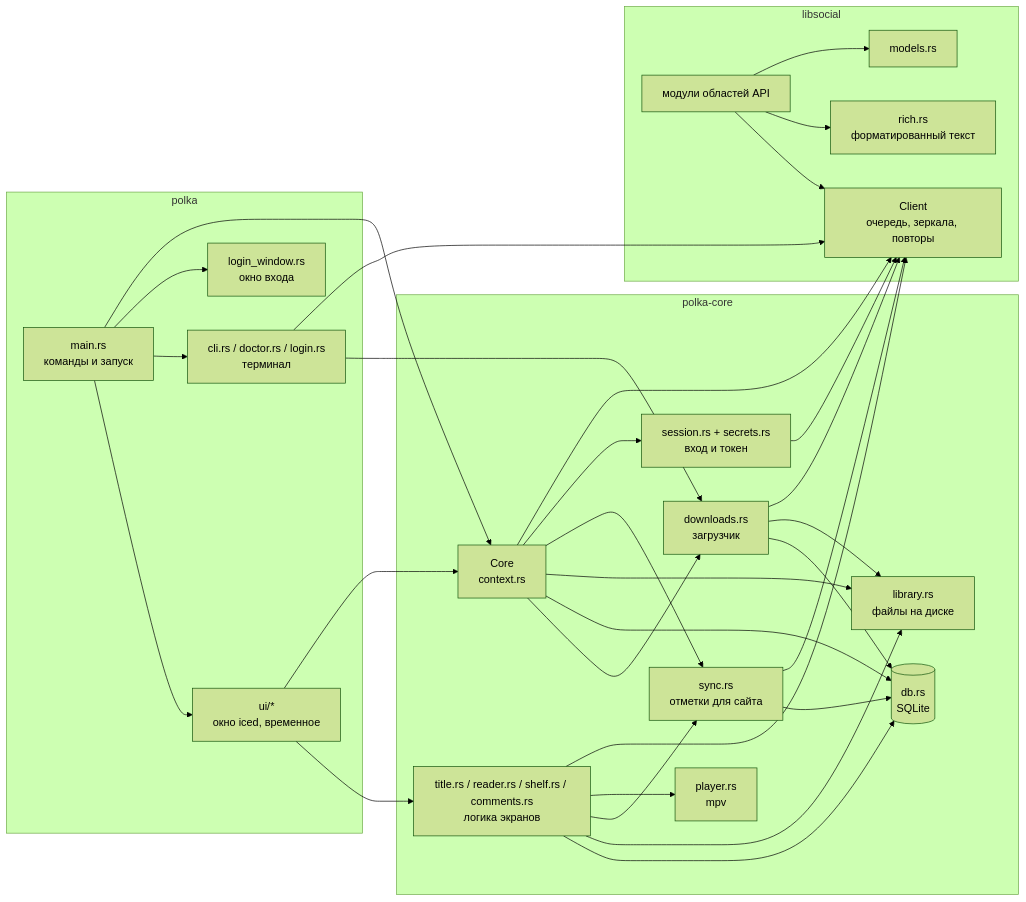
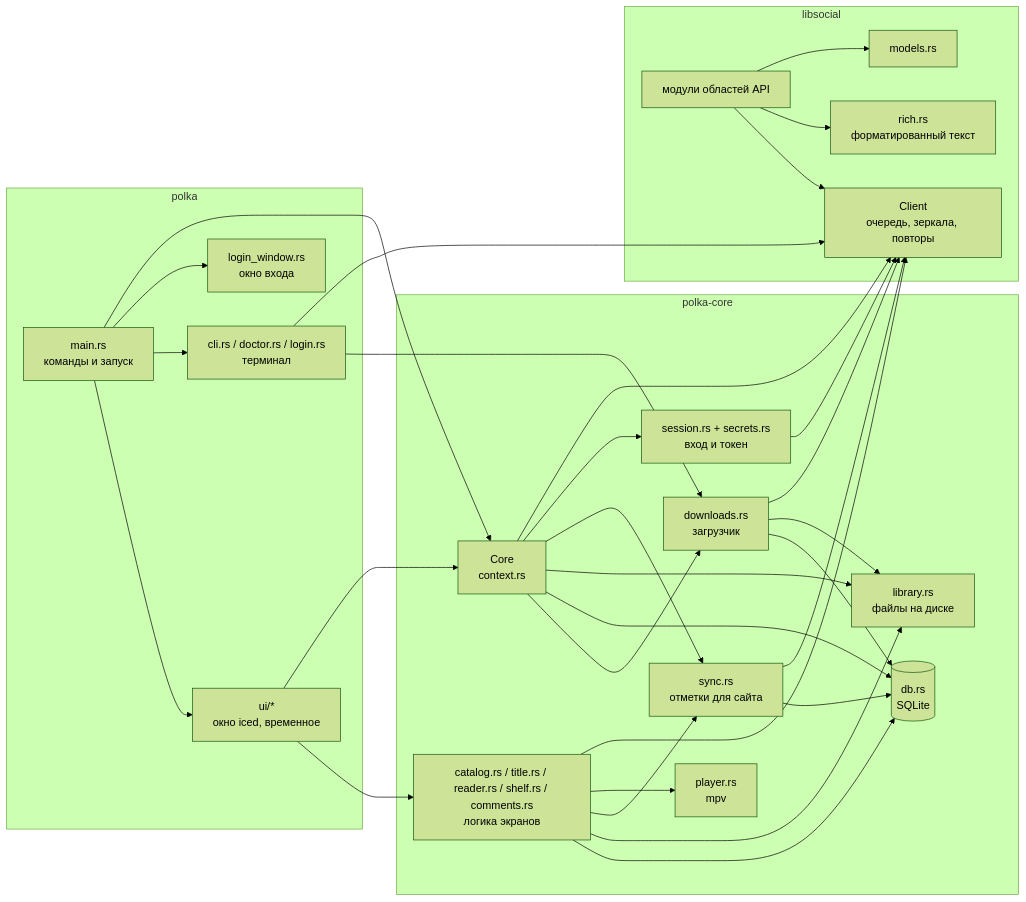
Before and after one commit to Alastor1991/Polka-mangalib-desktop_unofficial-: the first of 2 diagrams in docs/architecture.md, drawn with Mermaid (forest theme). The commit also changed other lines of this file and 4 other files, not shown here.

````diff
--- a/docs/architecture.md
+++ b/docs/architecture.md
@@ -19,34 +19,34 @@
 ```mermaid
 flowchart LR
     subgraph polka
         main[main.rs<br/>команды и запуск]
         ui[ui/*<br/>окно iced, временное]
         cli[cli.rs / doctor.rs / login.rs<br/>терминал]
         lw[login_window.rs<br/>окно входа]
     end
     subgraph polka-core
         core[Core<br/>context.rs]
-        screens[title.rs / reader.rs / shelf.rs / comments.rs<br/>логика экранов]
+        screens[catalog.rs / title.rs / reader.rs / shelf.rs / comments.rs<br/>логика экранов]
         dl[downloads.rs<br/>загрузчик]
         db[(db.rs<br/>SQLite)]
         lib[library.rs<br/>файлы на диске]
         sess[session.rs + secrets.rs<br/>вход и токен]
         player[player.rs<br/>mpv]
         sync[sync.rs<br/>отметки для сайта]
     end
     subgraph libsocial
         client[Client<br/>очередь, зеркала, повторы]
         api[модули областей API]
         rich[rich.rs<br/>форматированный текст]
         models[models.rs]
     end
     main --> ui & cli & lw & core
     ui --> screens & core
     cli --> dl & client
     core --> dl & db & lib & sync & sess & client
     screens --> db & lib & sync & player & client
     sync --> db & client
     dl --> db & lib & client
     sess --> client
     api --> client & rich & models
 ```
````
